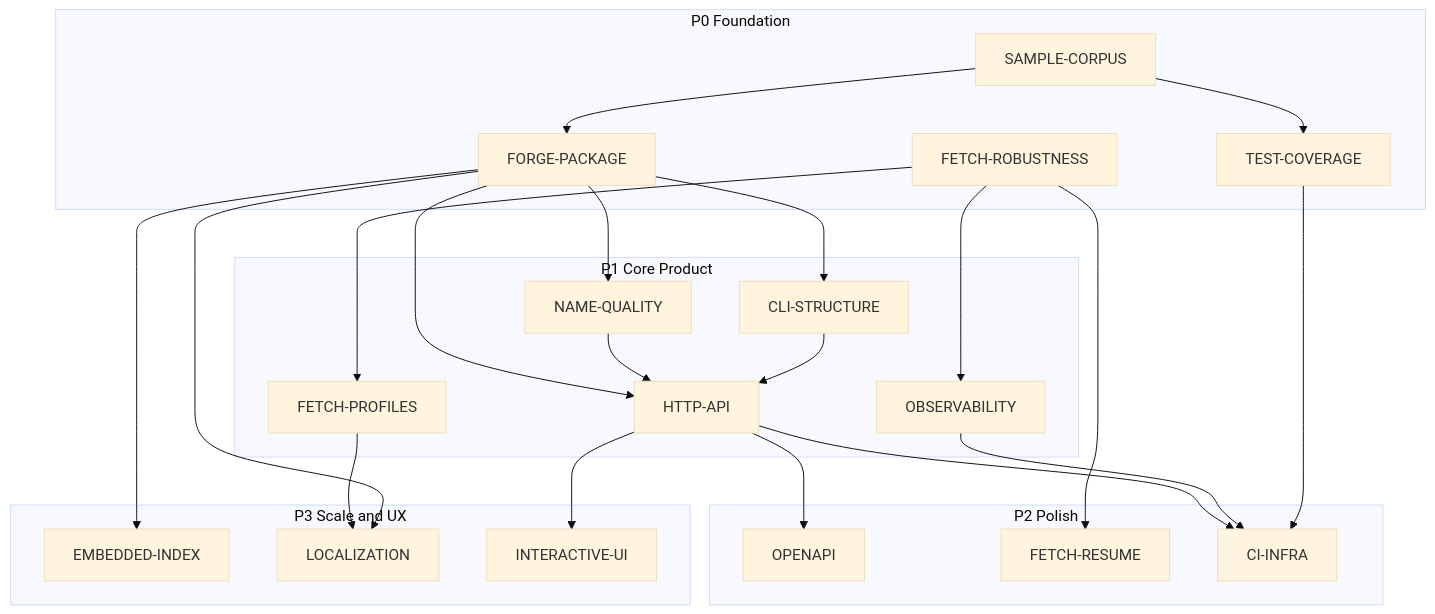
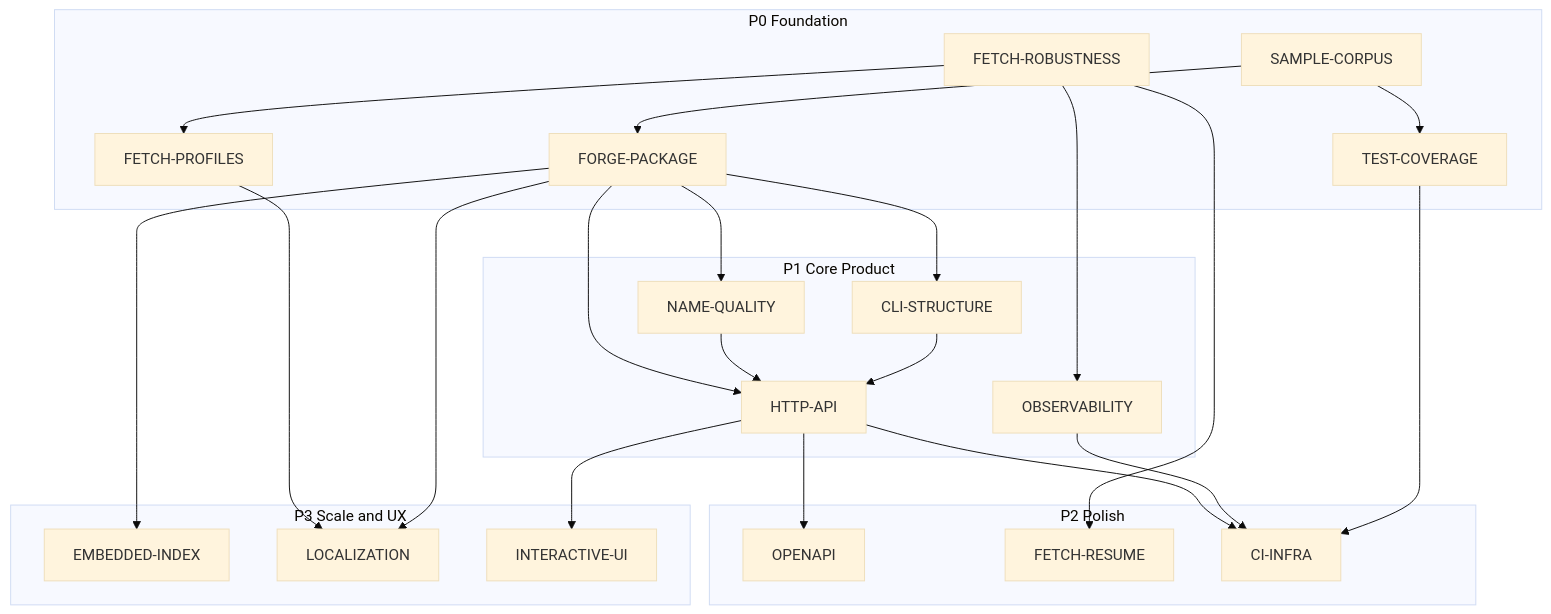
The diagram in planning/README.md (ridespirals/vargames-name-gen), drawn with Mermaid (base theme) before and after one commit. The commit also changed other lines of this file and 16 other files, not shown here.

Commit message:
fetch profiles and incremental refetch

````diff
--- a/planning/README.md
+++ b/planning/README.md
@@ -33,48 +33,48 @@
 ```mermaid
 flowchart TB
   subgraph p0 [P0 Foundation]
     FR[FETCH-ROBUSTNESS]
+    FP[FETCH-PROFILES]
     FG[FORGE-PACKAGE]
     SC[SAMPLE-CORPUS]
     TC[TEST-COVERAGE]
   end
 
   subgraph p1 [P1 Core Product]
-    FP[FETCH-PROFILES]
     NQ[NAME-QUALITY]
     CLI[CLI-STRUCTURE]
     OBS[OBSERVABILITY]
     API[HTTP-API]
   end
 
   subgraph p2 [P2 Polish]
     OAPI[OPENAPI]
     FRES[FETCH-RESUME]
     CI[CI-INFRA]
   end
 
   subgraph p3 [P3 Scale and UX]
     SQL[EMBEDDED-INDEX]
     LOC[LOCALIZATION]
     UI[INTERACTIVE-UI]
   end
 
   FR --> FP
   FR --> FRES
   FR --> OBS
   FG --> NQ
   FG --> CLI
   SC --> FG
   SC --> TC
   FG --> API
   NQ --> API
   API --> OAPI
   API --> UI
   API --> CI
   FP --> LOC
   FG --> LOC
   FG --> SQL
   CLI --> API
   OBS --> CI
   TC --> CI
 ```
````
